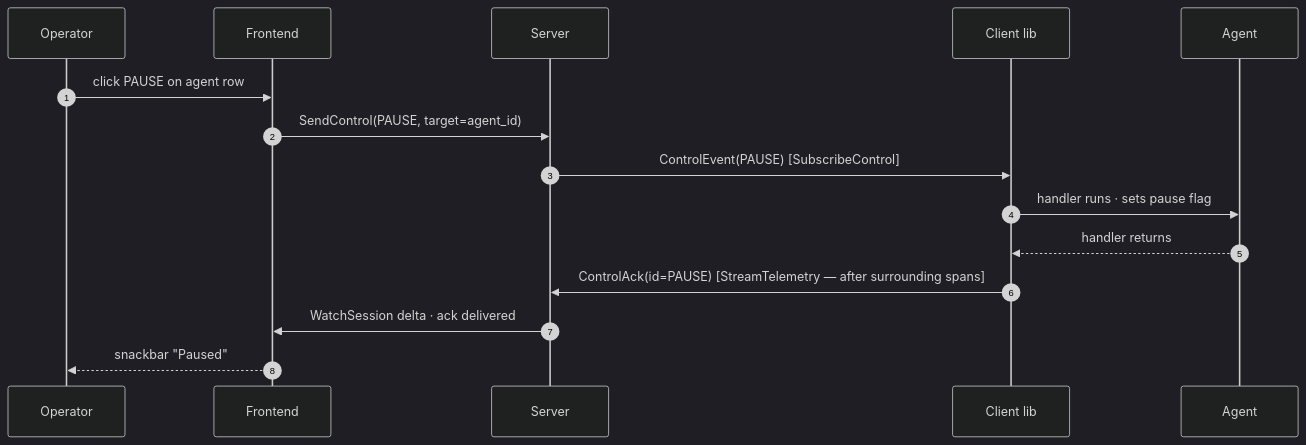
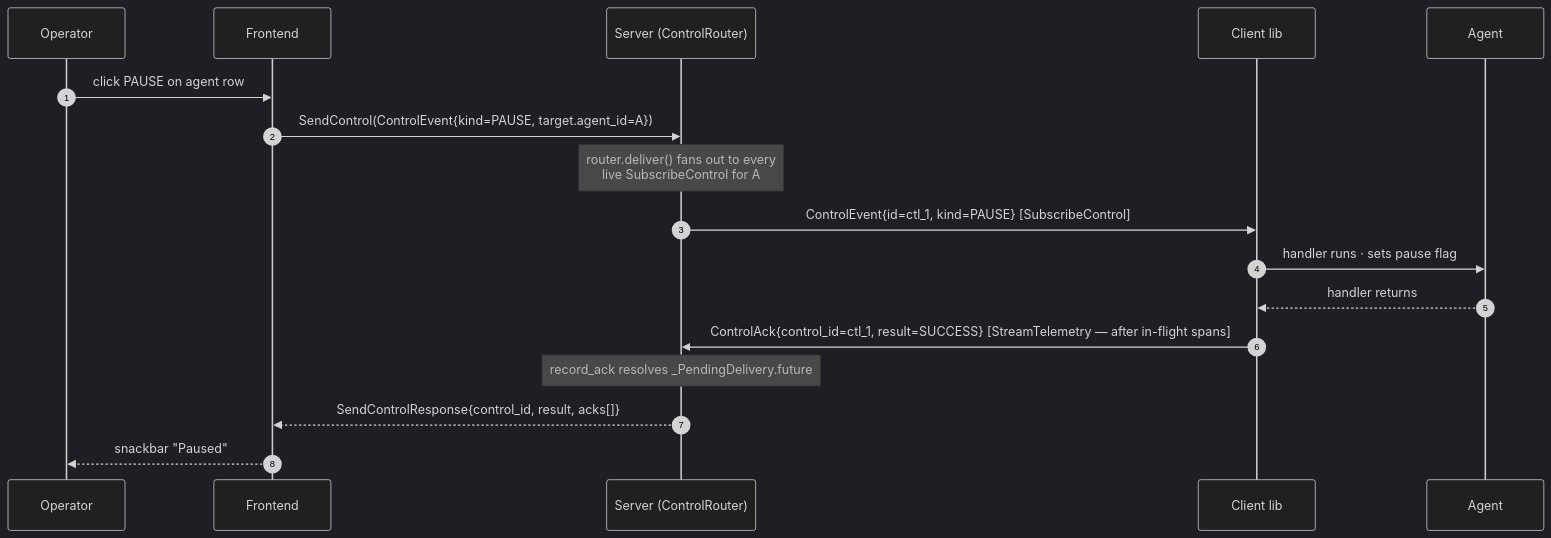
Before and after one commit to pedapudi/harmonograf: the first of 2 diagrams in docs/design/13-human-interaction-model.md, drawn with Mermaid (dark theme). The commit also changed other lines of this file and 22 other files, not shown here.

First line of the commit message:
docs(design,protocol,adr,internals): refresh for current architecture

````diff
--- a/docs/design/13-human-interaction-model.md
+++ b/docs/design/13-human-interaction-model.md
@@ -55,17 +39,20 @@
 ```mermaid
 sequenceDiagram
     autonumber
     participant Op as Operator
     participant FE as Frontend
-    participant Srv as Server
+    participant Srv as Server (ControlRouter)
     participant Cl as Client lib
     participant Ag as Agent
+
     Op->>FE: click PAUSE on agent row
-    FE->>Srv: SendControl(PAUSE, target=agent_id)
-    Srv->>Cl: ControlEvent(PAUSE) [SubscribeControl]
+    FE->>Srv: SendControl(ControlEvent{kind=PAUSE, target.agent_id=A})
+    Note over Srv: router.deliver() fans out to every<br/>live SubscribeControl for A
+    Srv->>Cl: ControlEvent{id=ctl_1, kind=PAUSE} [SubscribeControl]
     Cl->>Ag: handler runs · sets pause flag
     Ag-->>Cl: handler returns
-    Cl->>Srv: ControlAck(id=PAUSE) [StreamTelemetry — after surrounding spans]
-    Srv->>FE: WatchSession delta · ack delivered
+    Cl->>Srv: ControlAck{control_id=ctl_1, result=SUCCESS} [StreamTelemetry — after in-flight spans]
+    Note over Srv: record_ack resolves _PendingDelivery.future
+    Srv-->>FE: SendControlResponse{control_id, result, acks[]}
     FE-->>Op: snackbar "Paused"
 ```
````
